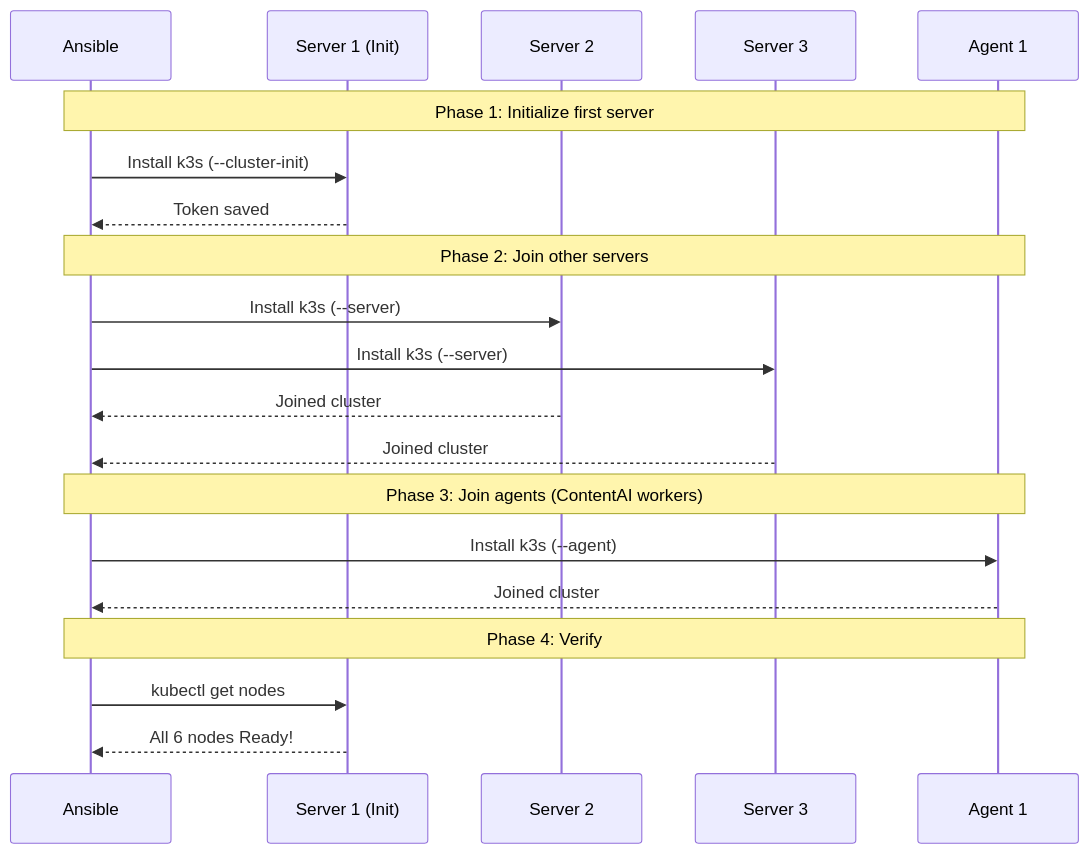
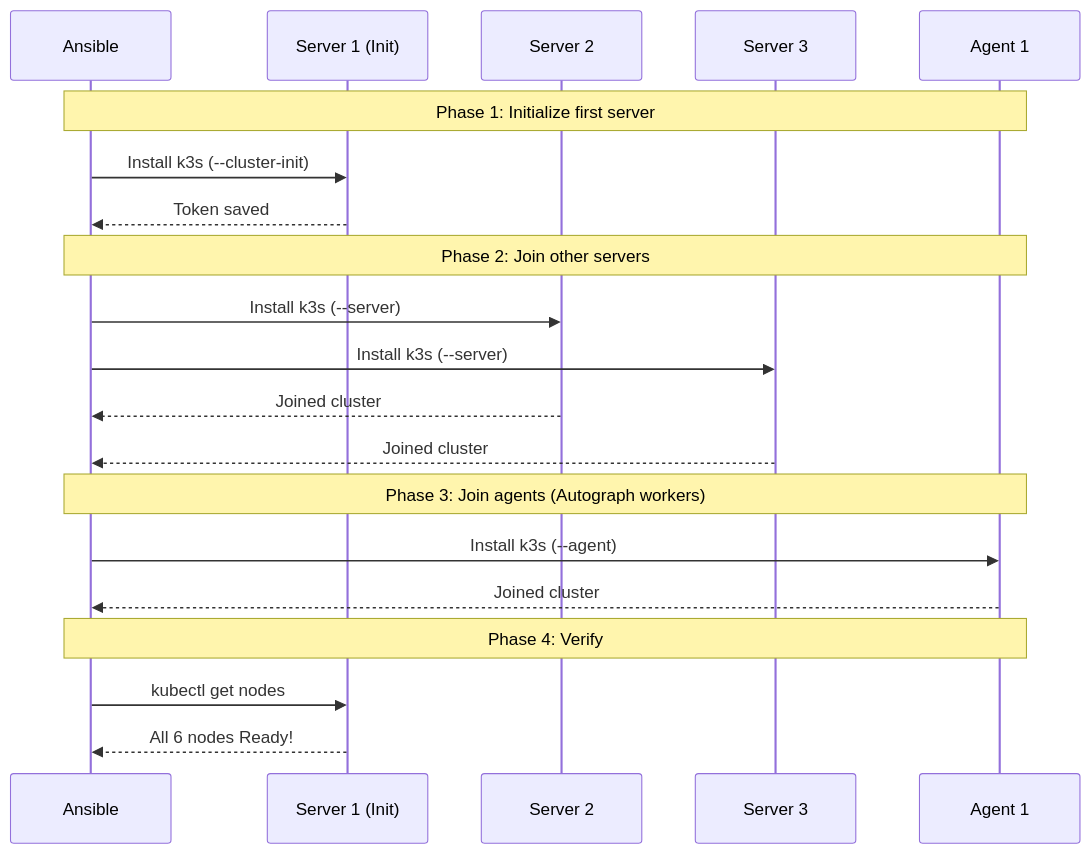
One commit to PearlThoughtsInternship/Internship-Obsidian-Vault changed the fourth of 5 diagrams in DevOps/02-Engineering/03-Configuration-Management.md. Above: the diagram before and after it, drawn with Mermaid. The commit also changed other lines of this file and 4 other files, not shown here.

First line of the commit message:
rebrand: ContentAI → Autograph in Engineering & Platform docs

````diff
--- a/DevOps/02-Engineering/03-Configuration-Management.md
+++ b/DevOps/02-Engineering/03-Configuration-Management.md
@@ -308,26 +308,26 @@
 ```mermaid
 sequenceDiagram
     participant Ansible
     participant Server1 as Server 1 (Init)
     participant Server2 as Server 2
     participant Server3 as Server 3
     participant Agent1 as Agent 1
 
     Note over Ansible,Agent1: Phase 1: Initialize first server
     Ansible->>Server1: Install k3s (--cluster-init)
     Server1-->>Ansible: Token saved
 
     Note over Ansible,Agent1: Phase 2: Join other servers
     Ansible->>Server2: Install k3s (--server)
     Ansible->>Server3: Install k3s (--server)
     Server2-->>Ansible: Joined cluster
     Server3-->>Ansible: Joined cluster
 
-    Note over Ansible,Agent1: Phase 3: Join agents (ContentAI workers)
+    Note over Ansible,Agent1: Phase 3: Join agents (Autograph workers)
     Ansible->>Agent1: Install k3s (--agent)
     Agent1-->>Ansible: Joined cluster
 
     Note over Ansible,Agent1: Phase 4: Verify
     Ansible->>Server1: kubectl get nodes
     Server1-->>Ansible: All 6 nodes Ready!
 ```
````
